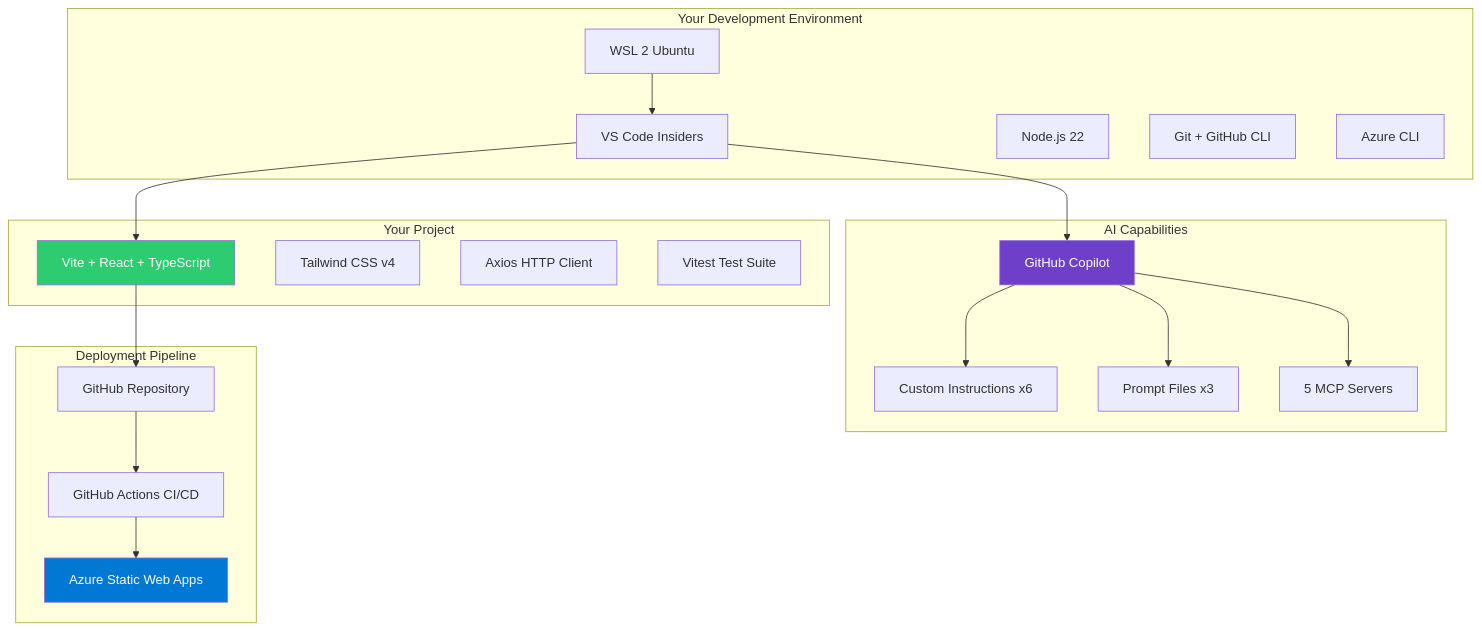
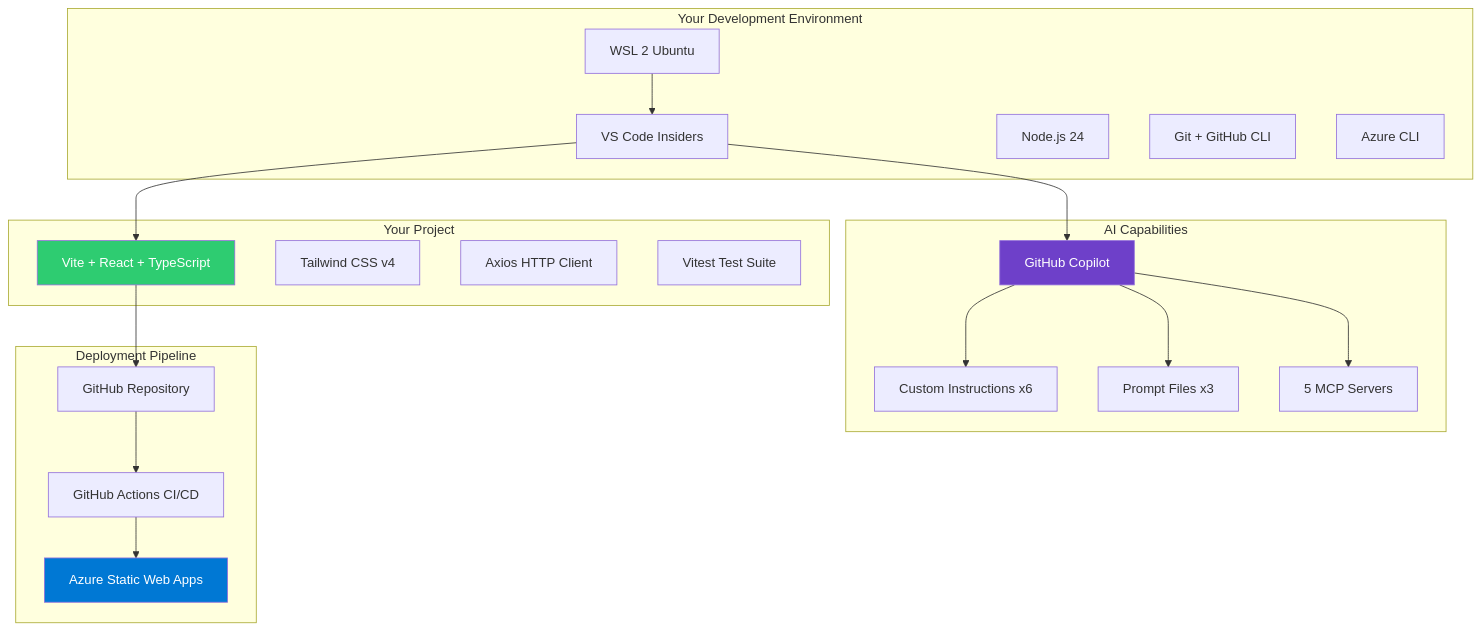
Before and after one commit to russrimm/vibe-coding-typescript-lab: diagram 15 of 15 in vibe-coding-lab.md, drawn with Mermaid. The commit also changed other lines of this file and 3 other files, not shown here.

````diff
--- a/vibe-coding-lab.md
+++ b/vibe-coding-lab.md
@@ -1356,44 +1397,44 @@
 ```mermaid
 graph TD
     subgraph "Your Development Environment"
         WSL[WSL 2 Ubuntu]
         VSC[VS Code Insiders]
-        NODE[Node.js 22]
+        NODE[Node.js 24]
         GIT[Git + GitHub CLI]
         AZCLI[Azure CLI]
     end
 
     subgraph "AI Capabilities"
         COP[GitHub Copilot]
         INST[Custom Instructions x6]
         PROM[Prompt Files x3]
         MCP1[5 MCP Servers]
     end
 
     subgraph "Your Project"
         APP[Vite + React + TypeScript]
         TW[Tailwind CSS v4]
         AX[Axios HTTP Client]
         TST[Vitest Test Suite]
     end
 
     subgraph "Deployment Pipeline"
         GHR[GitHub Repository]
         GA[GitHub Actions CI/CD]
         SWA[Azure Static Web Apps]
     end
 
     WSL --> VSC
     VSC --> COP
     COP --> INST
     COP --> PROM
     COP --> MCP1
     VSC --> APP
     APP --> GHR
     GHR --> GA
     GA --> SWA
 
     style COP fill:#6e40c9,color:#fff
     style SWA fill:#0078D4,color:#fff
     style APP fill:#2ECC71,color:#fff
 ```
````
